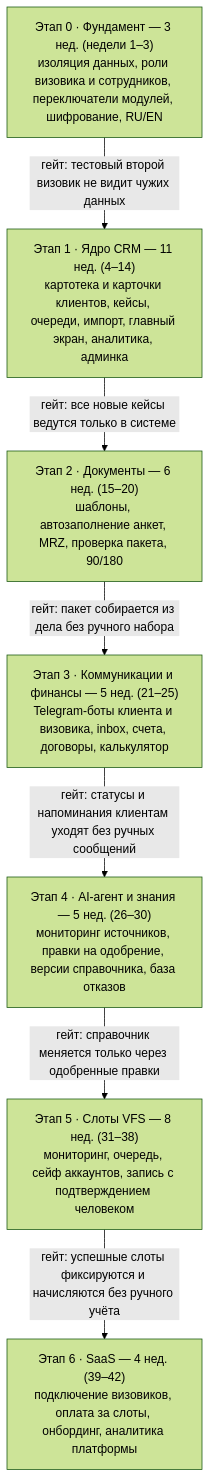
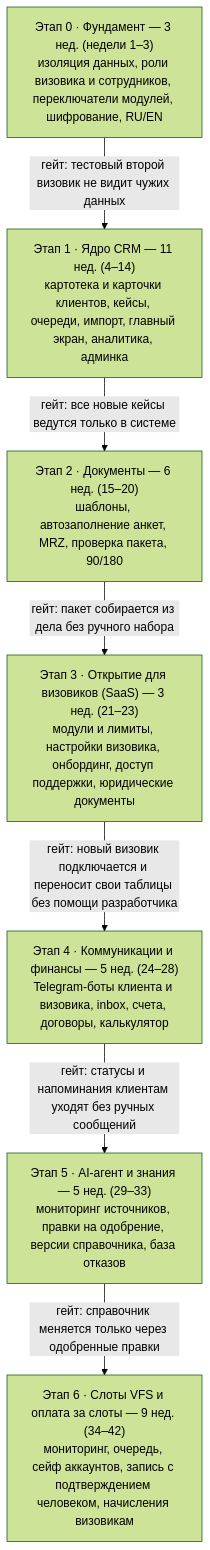
Before and after one commit to SvamiBog/visa_crm: the third of 3 diagrams in docs/PRD.md, drawn with Mermaid (forest theme). The commit also changed other lines of this file and 5 other files, not shown here.

First line of the commit message:
Move SaaS opening to stage 3 in the roadmap and PRD

````diff
--- a/docs/PRD.md
+++ b/docs/PRD.md
@@ -228,16 +228,16 @@
 ```mermaid
 flowchart TB
   P0["Этап 0 · Фундамент — 3 нед. (недели 1–3)<br/>изоляция данных, роли визовика и сотрудников, переключатели модулей, шифрование, RU/EN"]
   P1["Этап 1 · Ядро CRM — 11 нед. (4–14)<br/>картотека и карточки клиентов, кейсы, очереди, импорт, главный экран, аналитика, админка"]
   P2["Этап 2 · Документы — 6 нед. (15–20)<br/>шаблоны, автозаполнение анкет, MRZ, проверка пакета, 90/180"]
-  P3["Этап 3 · Коммуникации и финансы — 5 нед. (21–25)<br/>Telegram-боты клиента и визовика, inbox, счета, договоры, калькулятор"]
-  P4["Этап 4 · AI-агент и знания — 5 нед. (26–30)<br/>мониторинг источников, правки на одобрение, версии справочника, база отказов"]
-  P5["Этап 5 · Слоты VFS — 8 нед. (31–38)<br/>мониторинг, очередь, сейф аккаунтов, запись с подтверждением человеком"]
-  P6["Этап 6 · SaaS — 4 нед. (39–42)<br/>подключение визовиков, оплата за слоты, онбординг, аналитика платформы"]
+  P3["Этап 3 · Открытие для визовиков (SaaS) — 3 нед. (21–23)<br/>модули и лимиты, настройки визовика, онбординг, доступ поддержки, юридические документы"]
+  P4["Этап 4 · Коммуникации и финансы — 5 нед. (24–28)<br/>Telegram-боты клиента и визовика, inbox, счета, договоры, калькулятор"]
+  P5["Этап 5 · AI-агент и знания — 5 нед. (29–33)<br/>мониторинг источников, правки на одобрение, версии справочника, база отказов"]
+  P6["Этап 6 · Слоты VFS и оплата за слоты — 9 нед. (34–42)<br/>мониторинг, очередь, сейф аккаунтов, запись с подтверждением человеком, начисления визовикам"]
   P0 -->|"гейт: тестовый второй визовик не видит чужих данных"| P1
   P1 -->|"гейт: все новые кейсы ведутся только в системе"| P2
   P2 -->|"гейт: пакет собирается из дела без ручного набора"| P3
-  P3 -->|"гейт: статусы и напоминания клиентам уходят без ручных сообщений"| P4
-  P4 -->|"гейт: справочник меняется только через одобренные правки"| P5
-  P5 -->|"гейт: успешные слоты фиксируются и начисляются без ручного учёта"| P6
+  P3 -->|"гейт: новый визовик подключается и переносит свои таблицы без помощи разработчика"| P4
+  P4 -->|"гейт: статусы и напоминания клиентам уходят без ручных сообщений"| P5
+  P5 -->|"гейт: справочник меняется только через одобренные правки"| P6
 ```
````
